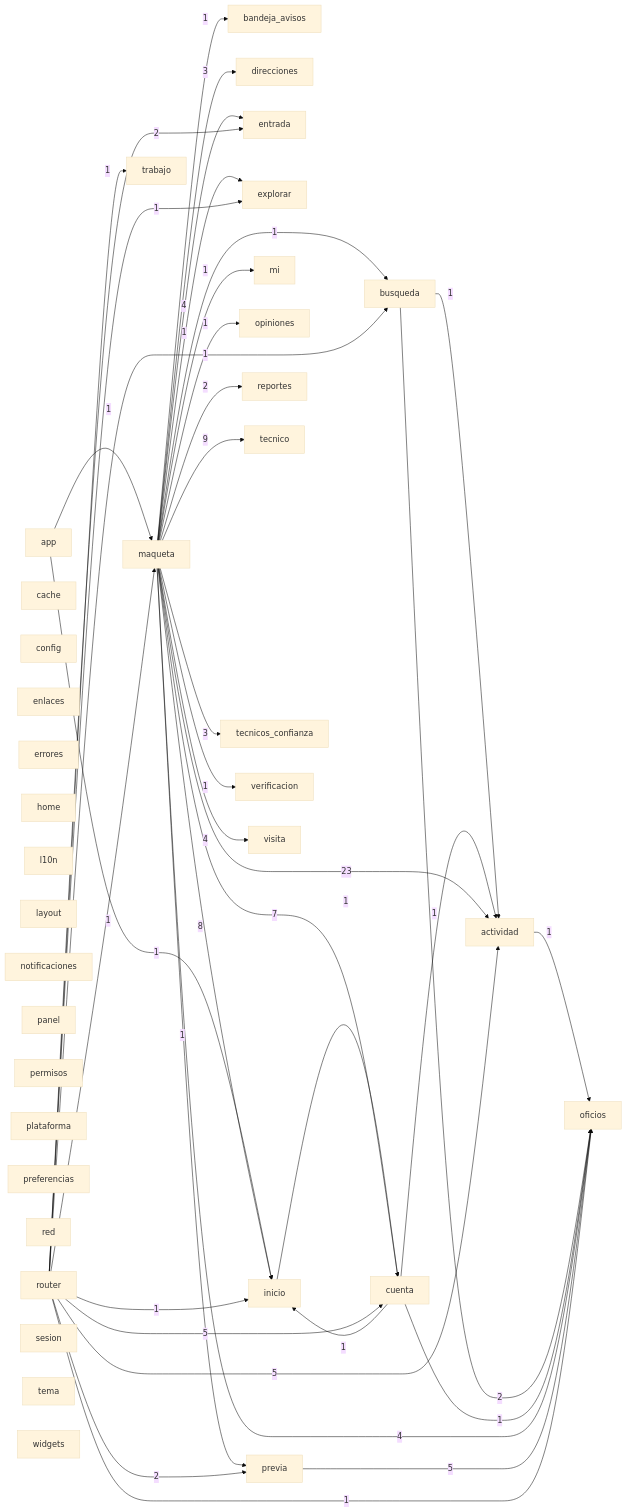
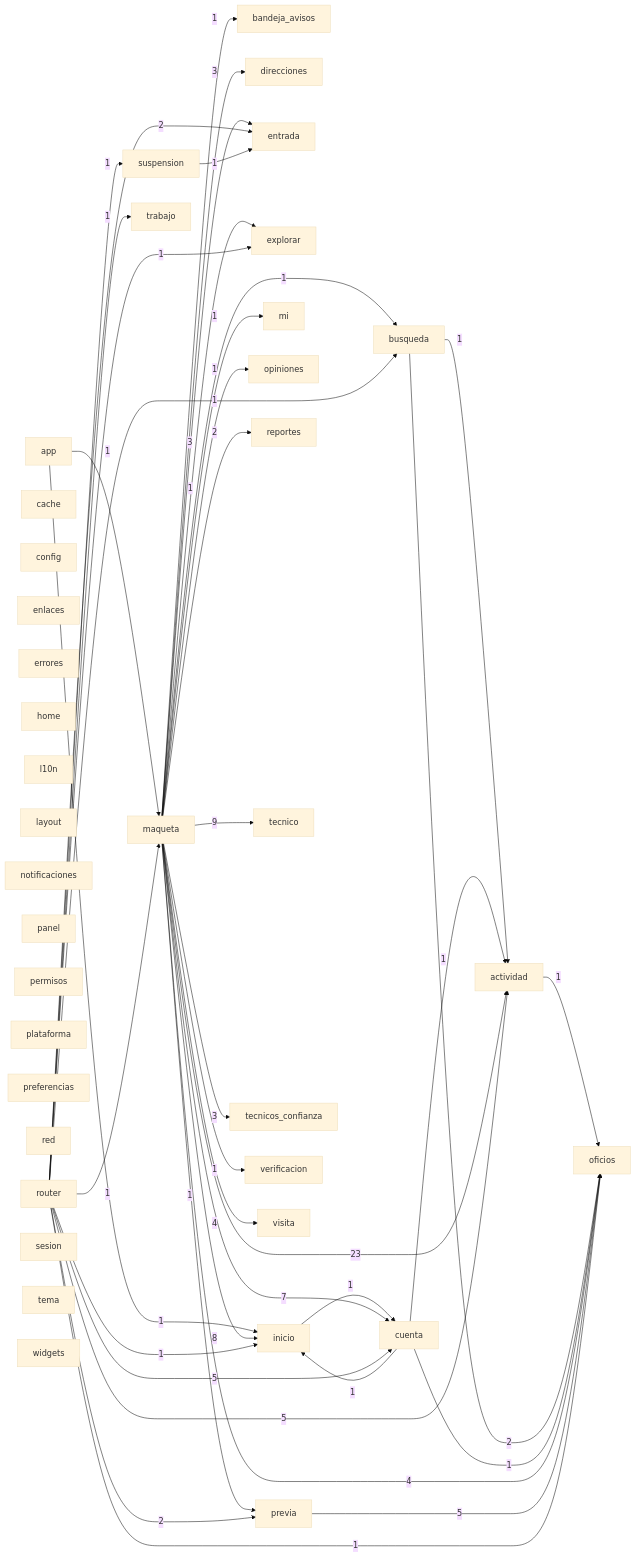
Before and after one commit to Tensei-Devs/knock-frontend: the diagram in docs/architecture/modules.mmd, drawn with Mermaid (base theme). The commit also changed 21 other files, not shown here.

```diff
--- a/docs/architecture/modules.mmd
+++ b/docs/architecture/modules.mmd
@@ -1,75 +1,78 @@
 graph LR
   actividad["actividad"]
   app["app"]
   bandeja_avisos["bandeja_avisos"]
   busqueda["busqueda"]
   cache["cache"]
   config["config"]
   cuenta["cuenta"]
   direcciones["direcciones"]
   enlaces["enlaces"]
   entrada["entrada"]
   errores["errores"]
   explorar["explorar"]
   home["home"]
   inicio["inicio"]
   l10n["l10n"]
   layout["layout"]
   maqueta["maqueta"]
   mi["mi"]
   notificaciones["notificaciones"]
   oficios["oficios"]
   opiniones["opiniones"]
   panel["panel"]
   permisos["permisos"]
   plataforma["plataforma"]
   preferencias["preferencias"]
   previa["previa"]
   red["red"]
   reportes["reportes"]
   router["router"]
   sesion["sesion"]
+  suspension["suspension"]
   tecnico["tecnico"]
   tecnicos_confianza["tecnicos_confianza"]
   tema["tema"]
   trabajo["trabajo"]
   verificacion["verificacion"]
   visita["visita"]
   widgets["widgets"]
   actividad -->|1| oficios
   app -->|1| inicio
   app -->|1| maqueta
   busqueda -->|1| actividad
   busqueda -->|2| oficios
   cuenta -->|1| actividad
   cuenta -->|1| inicio
   cuenta -->|1| oficios
   inicio -->|1| cuenta
   maqueta -->|23| actividad
   maqueta -->|1| bandeja_avisos
   maqueta -->|1| busqueda
   maqueta -->|7| cuenta
   maqueta -->|3| direcciones
-  maqueta -->|4| entrada
+  maqueta -->|3| entrada
   maqueta -->|1| explorar
   maqueta -->|8| inicio
   maqueta -->|1| mi
   maqueta -->|4| oficios
   maqueta -->|1| opiniones
   maqueta -->|1| previa
   maqueta -->|2| reportes
   maqueta -->|9| tecnico
   maqueta -->|3| tecnicos_confianza
   maqueta -->|1| verificacion
   maqueta -->|4| visita
   previa -->|5| oficios
   router -->|5| actividad
   router -->|1| busqueda
   router -->|5| cuenta
   router -->|2| entrada
   router -->|1| explorar
   router -->|1| inicio
   router -->|1| maqueta
   router -->|1| oficios
   router -->|2| previa
+  router -->|1| suspension
   router -->|1| trabajo
+  suspension -->|1| entrada
```
